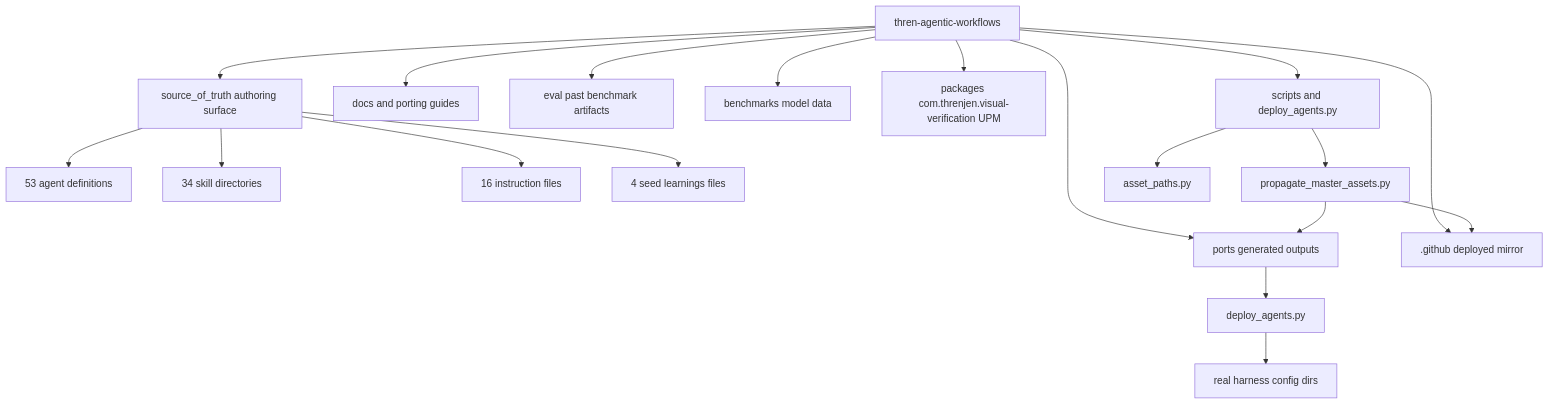
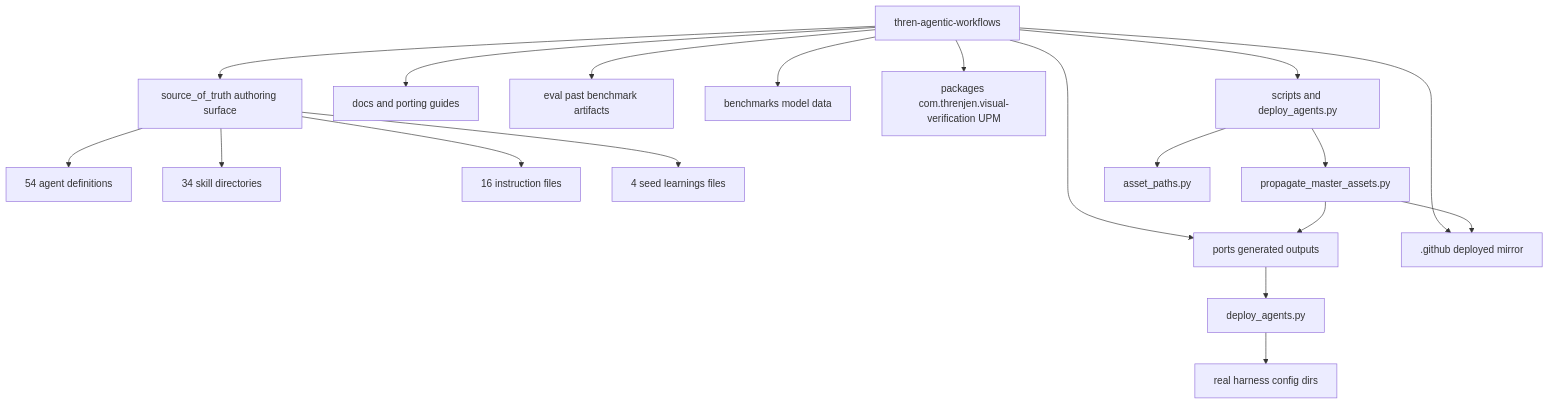
The first of 4 diagrams in docs/ARCHITECTURE.md (threnjen/thren-agentic-workflows), drawn with Mermaid before and after one commit. The commit also changed other lines of this file and 38 other files, not shown here.

````diff
--- a/docs/ARCHITECTURE.md
+++ b/docs/ARCHITECTURE.md
@@ -23,25 +23,25 @@
 ```mermaid
 flowchart TD
     Root[thren-agentic-workflows]
 
     Root --> SOT[source_of_truth authoring surface]
     Root --> Ports[ports generated outputs]
     Root --> DotGithub[.github deployed mirror]
     Root --> Docs[docs and porting guides]
     Root --> Eval[eval past benchmark artifacts]
     Root --> Bench[benchmarks model data]
     Root --> Pkg[packages com.threnjen.visual-verification UPM]
     Root --> Scripts[scripts and deploy_agents.py]
 
-    SOT --> Agents[53 agent definitions]
+    SOT --> Agents[54 agent definitions]
     SOT --> Skills[34 skill directories]
     SOT --> Instructions[16 instruction files]
     SOT --> Learnings[4 seed learnings files]
 
     Scripts --> Propagate[propagate_master_assets.py]
     Scripts --> Shared[asset_paths.py]
     Propagate --> Ports
     Propagate --> DotGithub
     Deploy[deploy_agents.py] --> RealDirs[real harness config dirs]
     Ports --> Deploy
 ```
````
